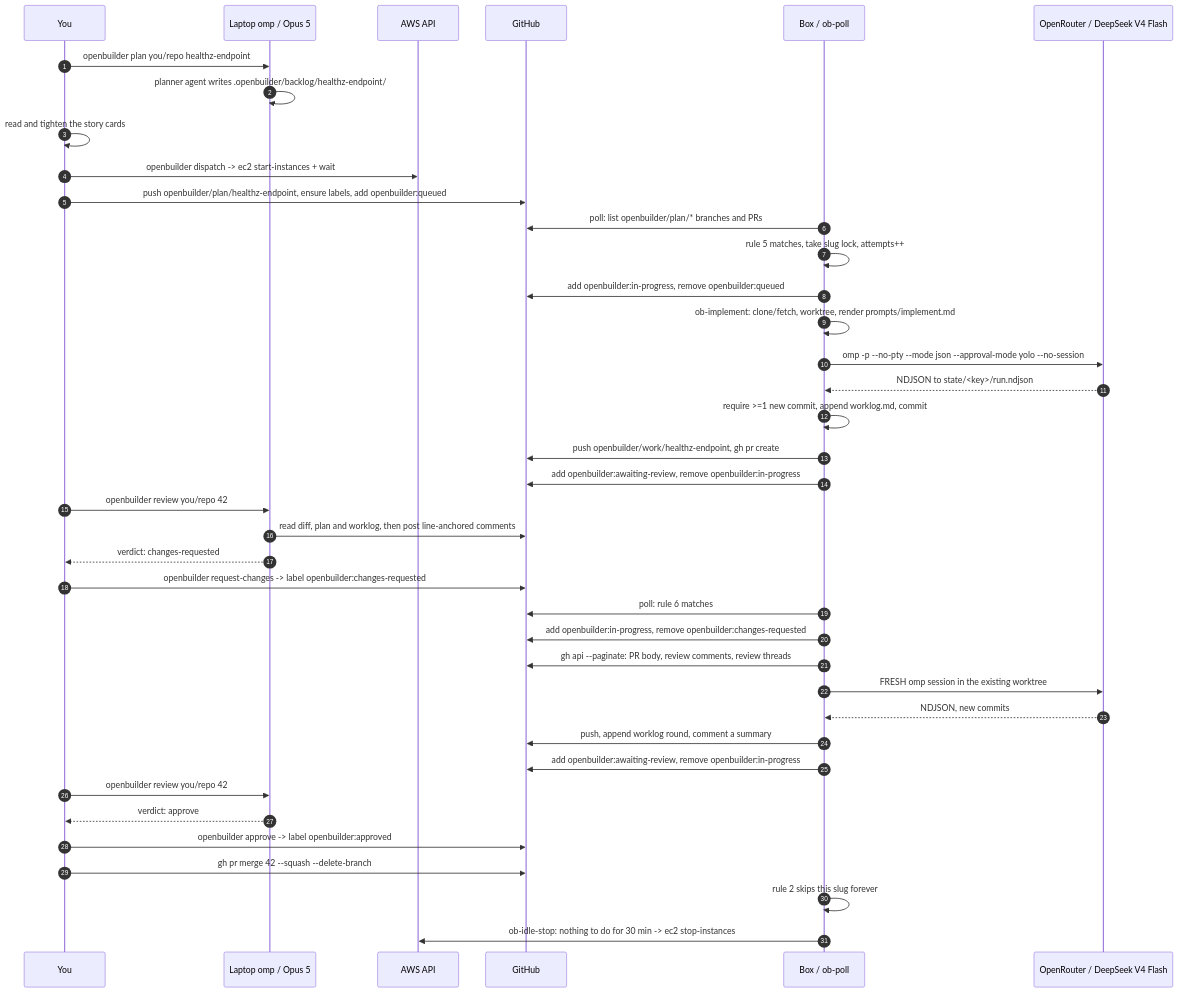
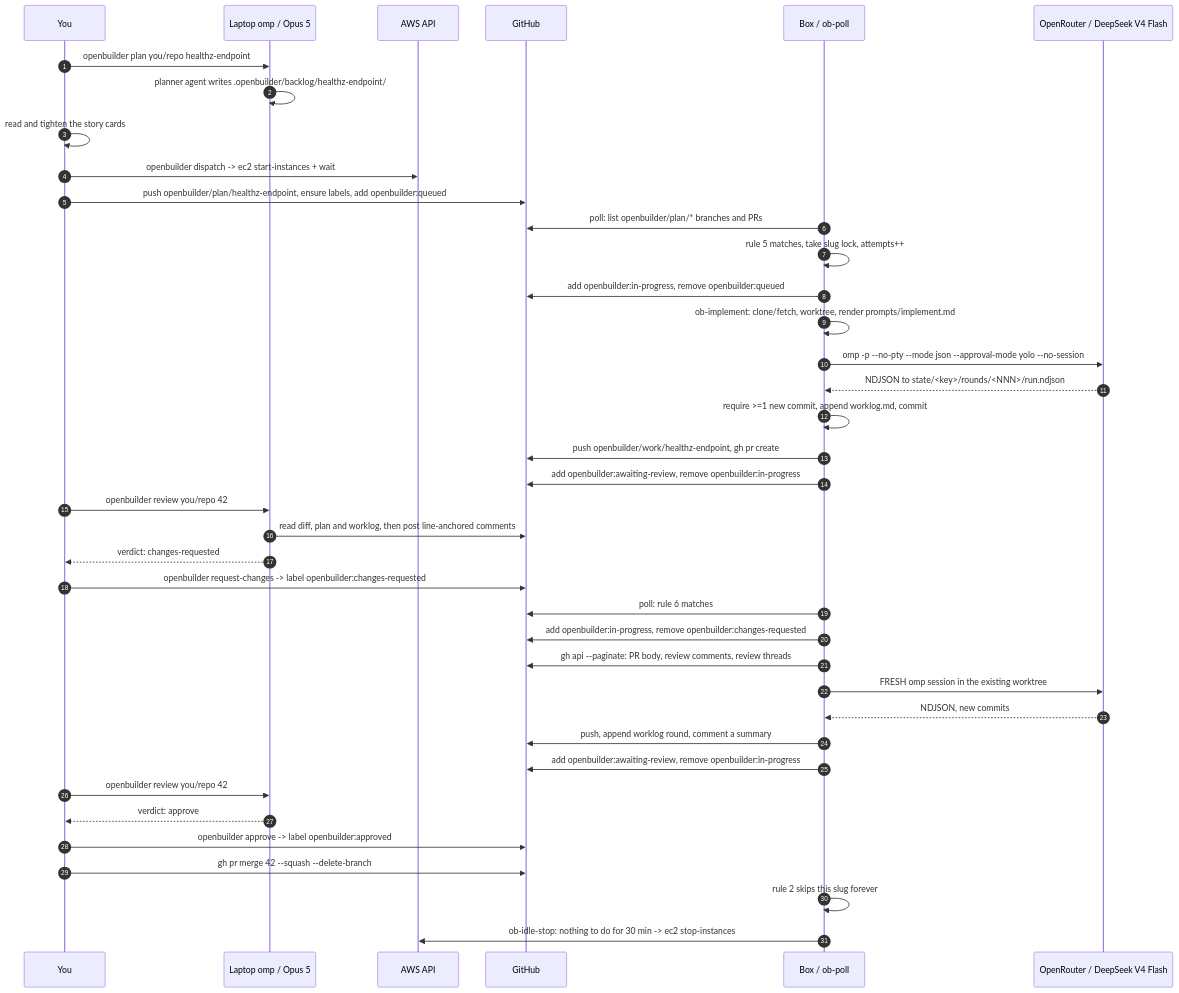
Before and after one commit to artemkurylo/openbuilder: the second of 2 diagrams in docs/architecture.md, drawn with Mermaid. The commit also changed other lines of this file and 4 other files, not shown here.

First line of the commit message:
fix: derive CPU architecture from instance_type

````diff
--- a/docs/architecture.md
+++ b/docs/architecture.md
@@ -154,42 +156,42 @@
 ```mermaid
 sequenceDiagram
     autonumber
     participant U as You
     participant L as Laptop omp / Opus 5
     participant A as AWS API
     participant G as GitHub
     participant B as Box / ob-poll
     participant M as OpenRouter / DeepSeek V4 Flash
 
     U->>L: openbuilder plan you/repo healthz-endpoint
     L->>L: planner agent writes .openbuilder/backlog/healthz-endpoint/
     U->>U: read and tighten the story cards
     U->>A: openbuilder dispatch -> ec2 start-instances + wait
     U->>G: push openbuilder/plan/healthz-endpoint, ensure labels, add openbuilder:queued
     B->>G: poll: list openbuilder/plan/* branches and PRs
     B->>B: rule 5 matches, take slug lock, attempts++
     B->>G: add openbuilder:in-progress, remove openbuilder:queued
     B->>B: ob-implement: clone/fetch, worktree, render prompts/implement.md
     B->>M: omp -p --no-pty --mode json --approval-mode yolo --no-session
-    M-->>B: NDJSON to state/<key>/run.ndjson
+    M-->>B: NDJSON to state/<key>/rounds/<NNN>/run.ndjson
     B->>B: require >=1 new commit, append worklog.md, commit
     B->>G: push openbuilder/work/healthz-endpoint, gh pr create
     B->>G: add openbuilder:awaiting-review, remove openbuilder:in-progress
     U->>L: openbuilder review you/repo 42
     L->>G: read diff, plan and worklog, then post line-anchored comments
     L-->>U: verdict: changes-requested
     U->>G: openbuilder request-changes -> label openbuilder:changes-requested
     B->>G: poll: rule 6 matches
     B->>G: add openbuilder:in-progress, remove openbuilder:changes-requested
     B->>G: gh api --paginate: PR body, review comments, review threads
     B->>M: FRESH omp session in the existing worktree
     M-->>B: NDJSON, new commits
     B->>G: push, append worklog round, comment a summary
     B->>G: add openbuilder:awaiting-review, remove openbuilder:in-progress
     U->>L: openbuilder review you/repo 42
     L-->>U: verdict: approve
     U->>G: openbuilder approve -> label openbuilder:approved
     U->>G: gh pr merge 42 --squash --delete-branch
     B->>B: rule 2 skips this slug forever
     B->>A: ob-idle-stop: nothing to do for 30 min -> ec2 stop-instances
 ```
````
